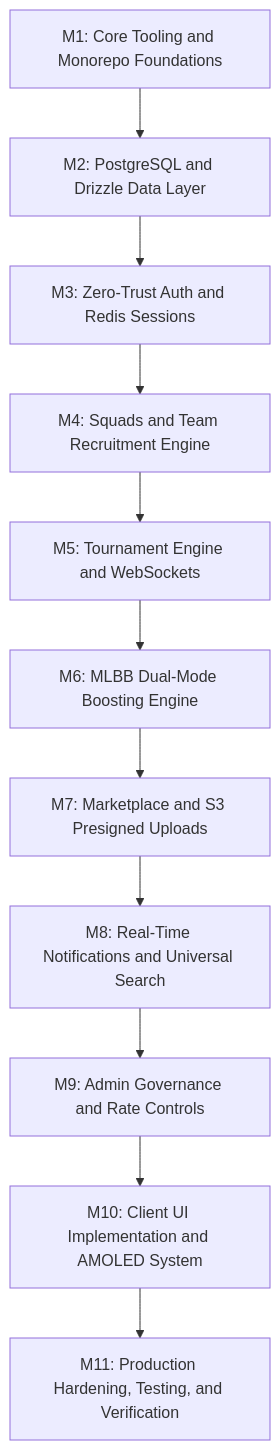
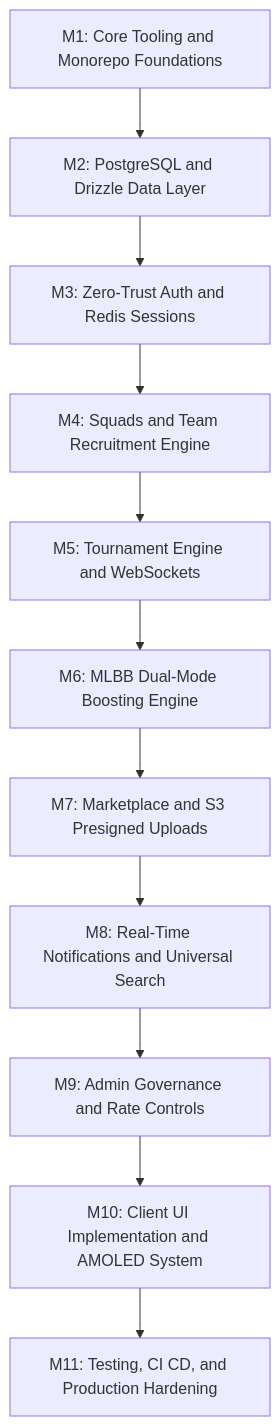
The diagram in docs/internal/roadmap.md (hrutavmodha/smex-store), drawn with Mermaid before and after one commit. The commit also changed other lines of this file and 8 other files, not shown here.

Commit message:
Refine roadmap

````diff
--- a/docs/internal/roadmap.md
+++ b/docs/internal/roadmap.md
@@ -31,13 +32,13 @@
 ```mermaid
 flowchart TD
     M1["M1: Core Tooling and Monorepo Foundations"] --> M2["M2: PostgreSQL and Drizzle Data Layer"]
     M2 --> M3["M3: Zero-Trust Auth and Redis Sessions"]
     M3 --> M4["M4: Squads and Team Recruitment Engine"]
     M4 --> M5["M5: Tournament Engine and WebSockets"]
     M5 --> M6["M6: MLBB Dual-Mode Boosting Engine"]
     M6 --> M7["M7: Marketplace and S3 Presigned Uploads"]
     M7 --> M8["M8: Real-Time Notifications and Universal Search"]
     M8 --> M9["M9: Admin Governance and Rate Controls"]
     M9 --> M10["M10: Client UI Implementation and AMOLED System"]
-    M10 --> M11["M11: Production Hardening, Testing, and Verification"]
+    M10 --> M11["M11: Testing, CI CD, and Production Hardening"]
 ```
````
